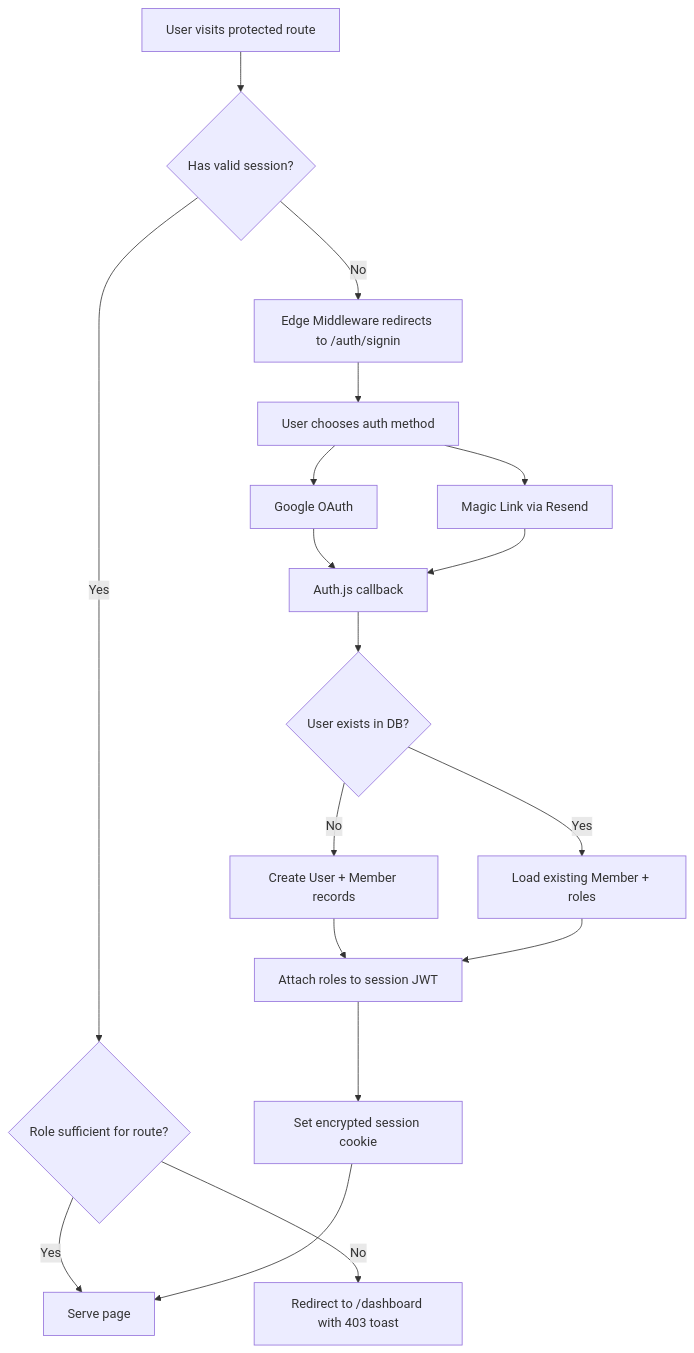
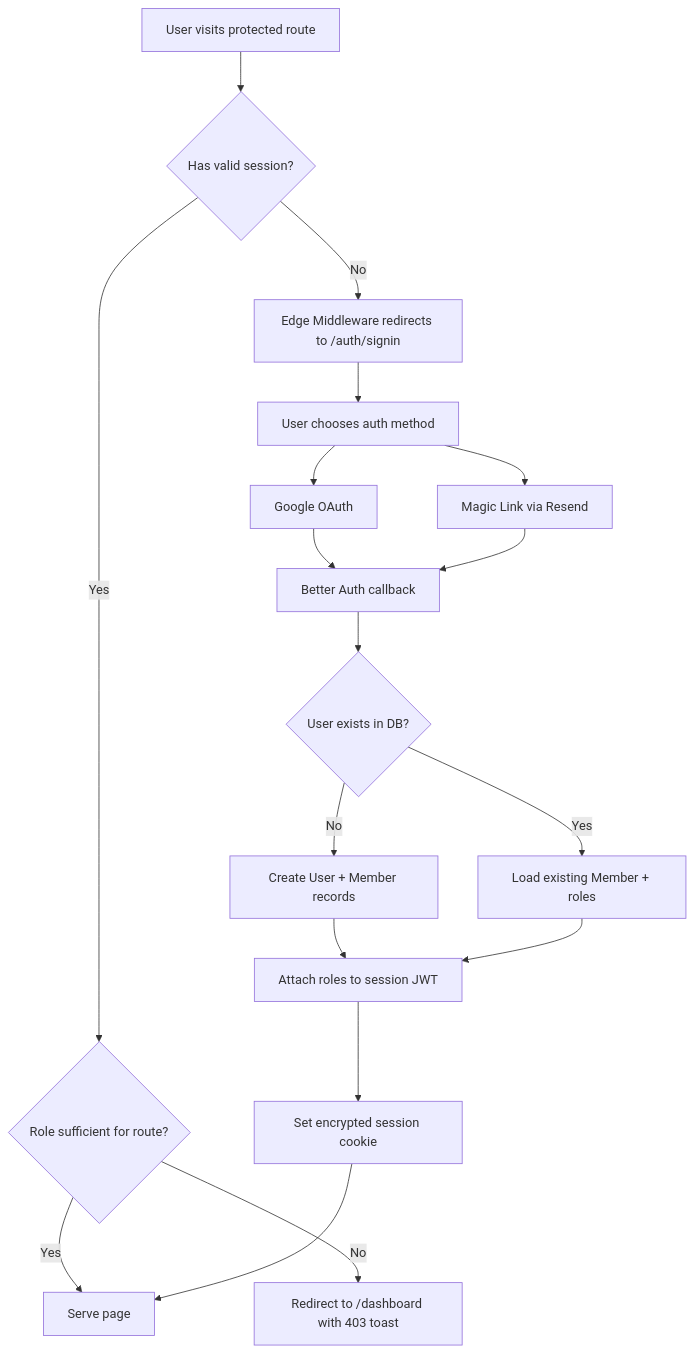
One commit to nordeim/stillwater changed the sixth of 11 diagrams in PAD.md. Above: the diagram before and after it, drawn with Mermaid. The commit also changed other lines of this file and 73 other files, not shown here.

````diff
--- a/PAD.md
+++ b/PAD.md
@@ -1050,21 +1050,21 @@
 ```mermaid
 flowchart TD
   A[User visits protected route] --> B{Has valid session?}
   B -- No --> C[Edge Middleware redirects to /auth/signin]
   B -- Yes --> D{Role sufficient for route?}
   D -- No --> E[Redirect to /dashboard with 403 toast]
   D -- Yes --> F[Serve page]
 
   C --> G[User chooses auth method]
   G --> H[Google OAuth]
   G --> I[Magic Link via Resend]
-  H --> J[Auth.js callback]
+  H --> J[Better Auth callback]
   I --> J
   J --> K{User exists in DB?}
   K -- No --> L[Create User + Member records]
   K -- Yes --> M[Load existing Member + roles]
   L --> N[Attach roles to session JWT]
   M --> N
   N --> O[Set encrypted session cookie]
   O --> F
 ```
````
